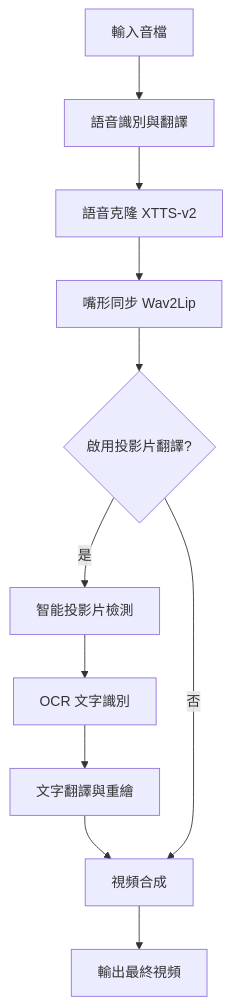
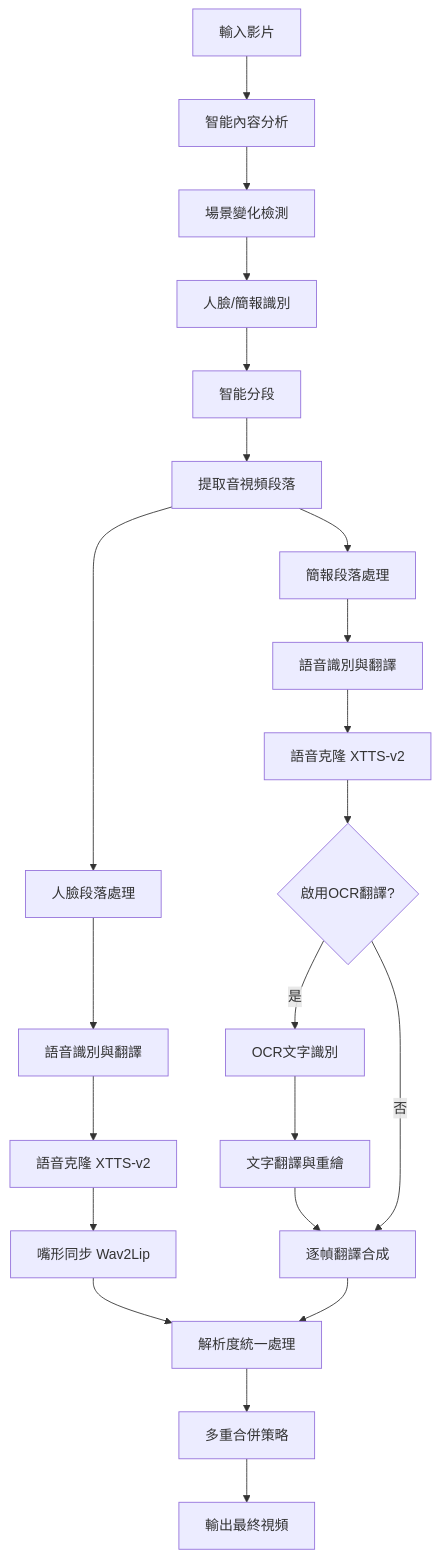
Before and after one commit to if-else-master/Deep-Video-Translation: the diagram in README.md, drawn with Mermaid. The commit also changed other lines of this file, not shown here.

````diff
--- a/README.md
+++ b/README.md
@@ -279,13 +477,28 @@
 ```mermaid
 graph TD
-    A[輸入音檔] --> B[語音識別與翻譯]
-    B --> C[語音克隆 XTTS-v2]
-    C --> D[嘴形同步 Wav2Lip]
-    D --> E{啟用投影片翻譯?}
-    E -->|是| F[智能投影片檢測]
-    F --> G[OCR 文字識別]
-    G --> H[文字翻譯與重繪]
-    H --> I[視頻合成]
-    E -->|否| I
-    I --> J[輸出最終視頻]
+    A[輸入影片] --> B[智能內容分析]
+    B --> C[場景變化檢測]
+    C --> D[人臉/簡報識別]
+    D --> E[智能分段]
+    E --> F[提取音視頻段落]
+    
+    F --> G[人臉段落處理]
+    F --> H[簡報段落處理]
+    
+    G --> G1[語音識別與翻譯]
+    G1 --> G2[語音克隆 XTTS-v2]
+    G2 --> G3[嘴形同步 Wav2Lip]
+    
+    H --> H1[語音識別與翻譯]
+    H1 --> H2[語音克隆 XTTS-v2]
+    H2 --> H3{啟用OCR翻譯?}
+    H3 -->|是| H4[OCR文字識別]
+    H4 --> H5[文字翻譯與重繪]
+    H5 --> H6[逐幀翻譯合成]
+    H3 -->|否| H6
+    
+    G3 --> I[解析度統一處理]
+    H6 --> I
+    I --> J[多重合併策略]
+    J --> K[輸出最終視頻]
 ```
````
